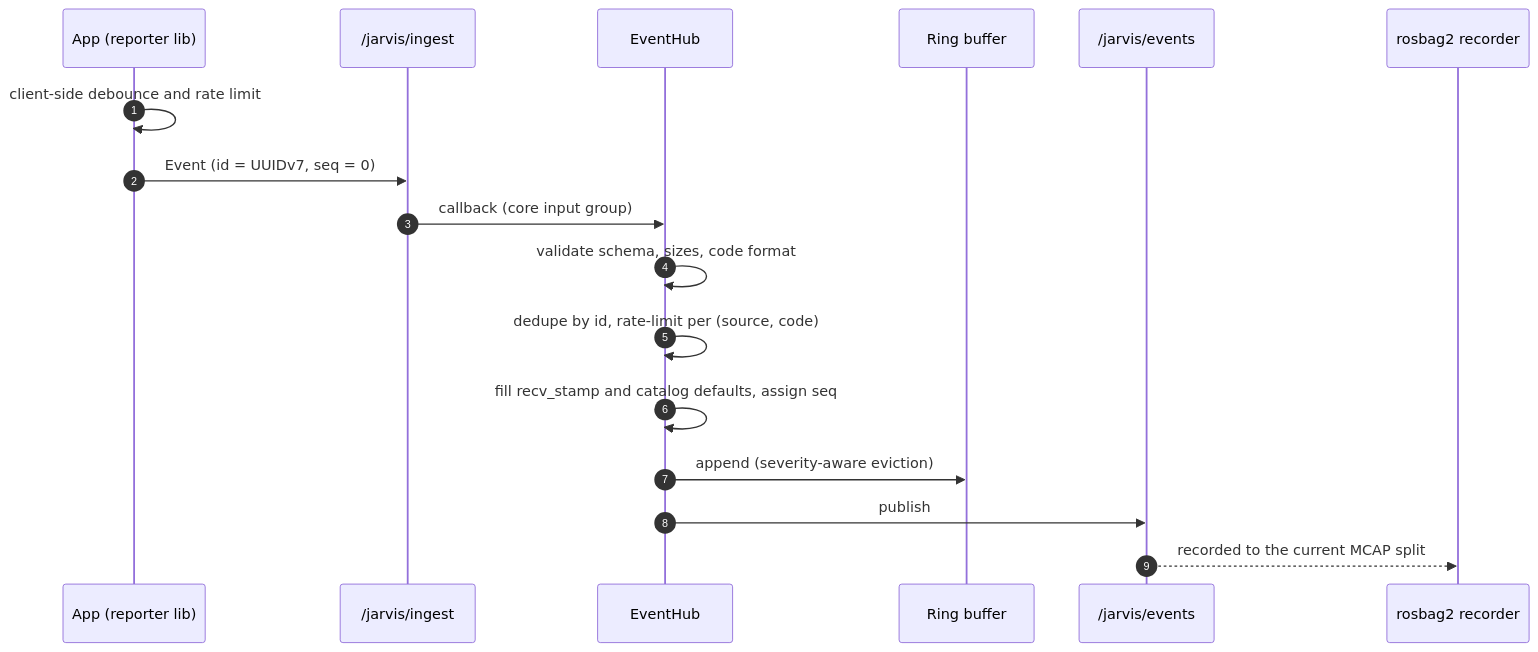
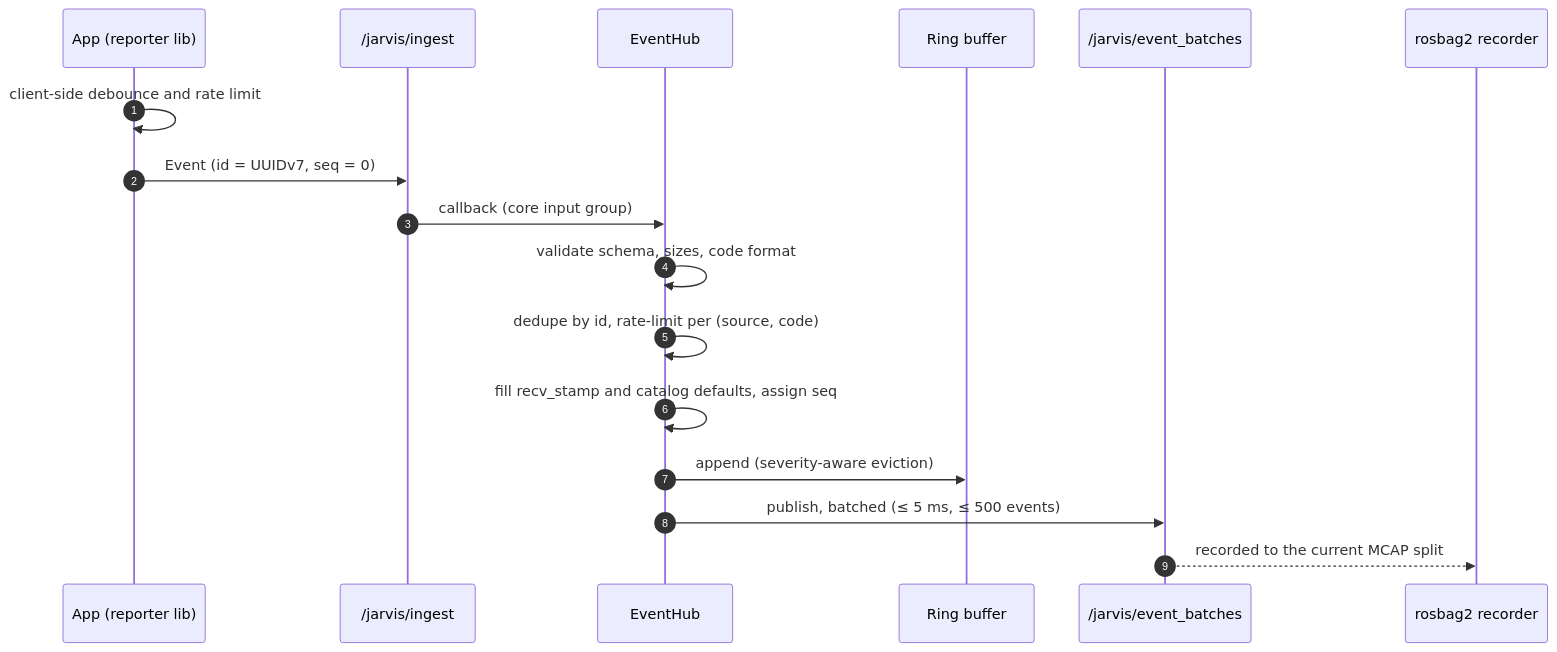
Before and after one commit to guilyx/jarvis_ros2: the second of 10 diagrams in docs/design/04-data-flow.md, drawn with Mermaid. The commit also changed other lines of this file and 47 other files, not shown here.

````diff
--- a/docs/design/04-data-flow.md
+++ b/docs/design/04-data-flow.md
@@ -48,20 +49,20 @@
 ```mermaid
 sequenceDiagram
   autonumber
   participant App as App (reporter lib)
   participant In as /jarvis/ingest
   participant H as EventHub
   participant RB as Ring buffer
-  participant Out as /jarvis/events
+  participant Out as /jarvis/event_batches
   participant R as rosbag2 recorder
 
   App->>App: client-side debounce and rate limit
   App->>In: Event (id = UUIDv7, seq = 0)
   In->>H: callback (core input group)
   H->>H: validate schema, sizes, code format
   H->>H: dedupe by id, rate-limit per (source, code)
   H->>H: fill recv_stamp and catalog defaults, assign seq
   H->>RB: append (severity-aware eviction)
-  H->>Out: publish
+  H->>Out: publish, batched (≤ 5 ms, ≤ 500 events)
   Out-->>R: recorded to the current MCAP split
 ```
````
